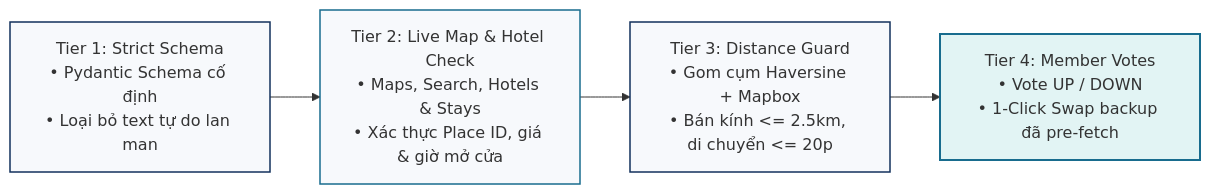
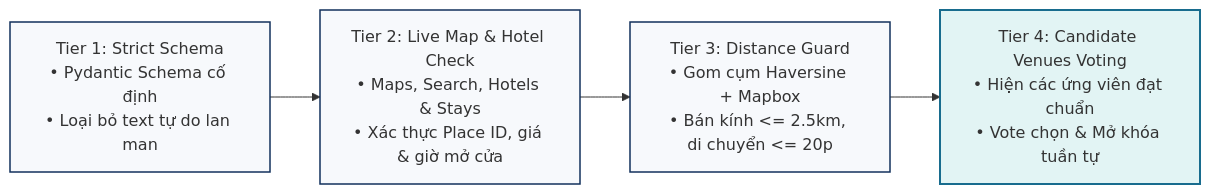
The third of 5 diagrams in docs/03-architecture/ai-agent-architecture.md (b4ck12/Group_Project), drawn with Mermaid before and after one commit. The commit also changed other lines of this file and 6 other files, not shown here.

````diff
--- a/docs/03-architecture/ai-agent-architecture.md
+++ b/docs/03-architecture/ai-agent-architecture.md
@@ -89,11 +89,11 @@
 ```mermaid
 flowchart LR
     T1["Tier 1: Strict Schema<br/>• Pydantic Schema cố định<br/>• Loại bỏ text tự do lan man"] --> T2["Tier 2: Live Map & Hotel Check<br/>• Maps, Search, Hotels & Stays<br/>• Xác thực Place ID, giá & giờ mở cửa"]
     T2 --> T3["Tier 3: Distance Guard<br/>• Gom cụm Haversine + Mapbox<br/>• Bán kính <= 2.5km, di chuyển <= 20p"]
-    T3 --> T4["Tier 4: Member Votes<br/>• Vote UP / DOWN<br/>• 1-Click Swap backup đã pre-fetch"]
+    T3 --> T4["Tier 4: Candidate Venues Voting<br/>• Hiện các ứng viên đạt chuẩn<br/>• Vote chọn & Mở khóa tuần tự"]
 
     style T1 fill:#f7f9fc,stroke:#12305c,stroke-width:1.5px;
-    style T2 fill:#f7f9fc,stroke:#186c8e,stroke-width:1.5px;
+    style T2 fill:#f7f9fc,stroke:#12305c,stroke-width:1.5px;
     style T3 fill:#f7f9fc,stroke:#12305c,stroke-width:1.5px;
     style T4 fill:#e2f4f4,stroke:#186c8e,stroke-width:2px;
 ```
````
